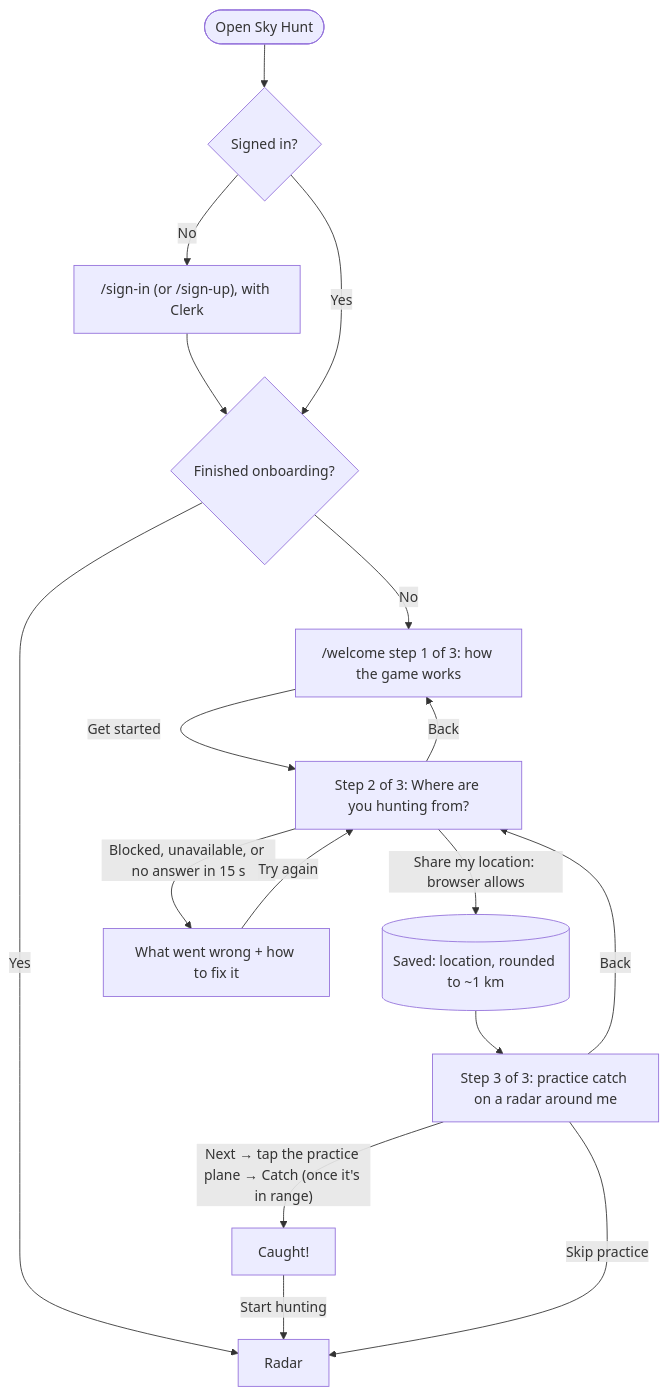
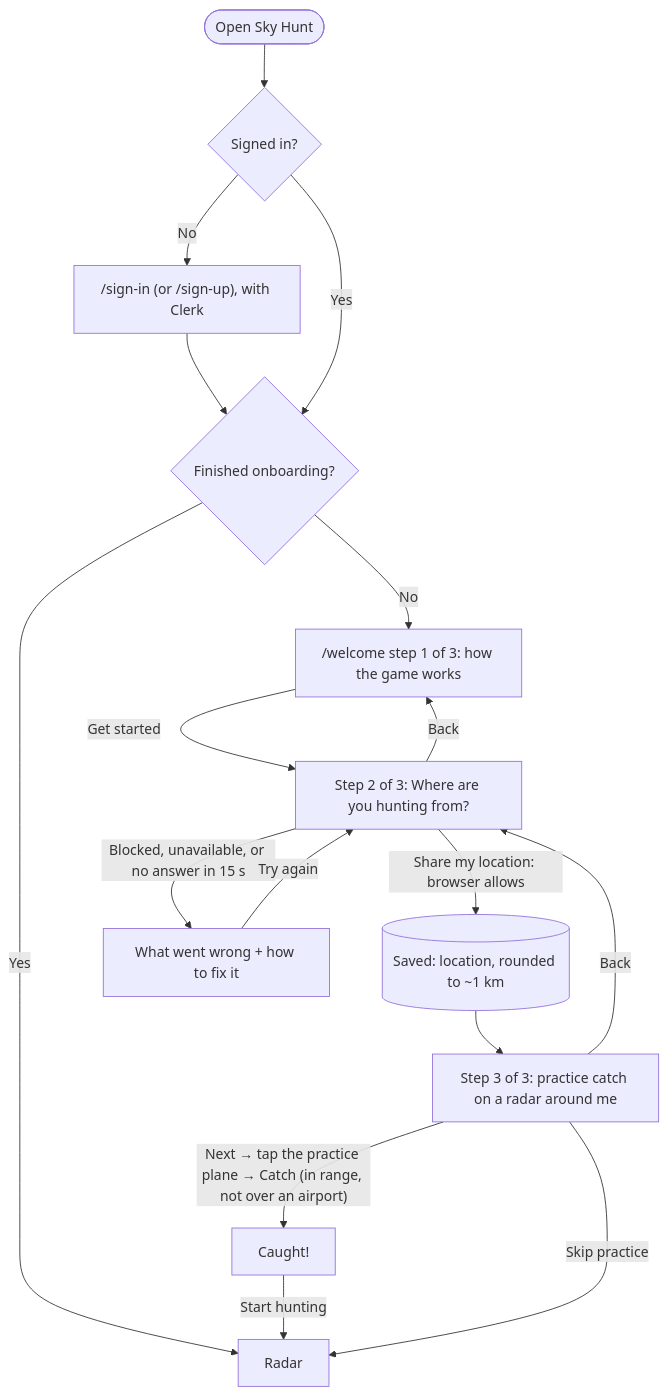
Before and after one commit to neilpandya01/hw5-dbs: the first of 2 diagrams in flows.md, drawn with Mermaid. The commit also changed other lines of this file and 4 other files, not shown here.

Commit message:
Make the practice plane cruise at 24,000 ft and update every 10-15 seconds

````diff
--- a/flows.md
+++ b/flows.md
@@ -9,19 +9,19 @@
 ```mermaid
 flowchart TD
   A([Open Sky Hunt]) --> S{Signed in?}
   S -- No --> SI["/sign-in (or /sign-up), with Clerk"]
   SI --> B{Finished onboarding?}
   S -- Yes --> B
   B -- Yes --> R[Radar]
   B -- No --> W0["/welcome step 1 of 3: how the game works"]
   W0 -- Get started --> W1["Step 2 of 3: Where are you hunting from?"]
   W1 -- Back --> W0
   W1 -- "Share my location: browser allows" --> L[(Saved: location, rounded to ~1 km)]
   W1 -- "Blocked, unavailable, or no answer in 15 s" --> WE["What went wrong + how to fix it"]
   WE -- Try again --> W1
   L --> W2["Step 3 of 3: practice catch on a radar around me"]
   W2 -- Back --> W1
-  W2 -- "Next → tap the practice plane → Catch (once it's in range)" --> C["Caught!"]
+  W2 -- "Next → tap the practice plane → Catch (in range, not over an airport)" --> C["Caught!"]
   C -- Start hunting --> R
   W2 -- Skip practice --> R
 ```
````
